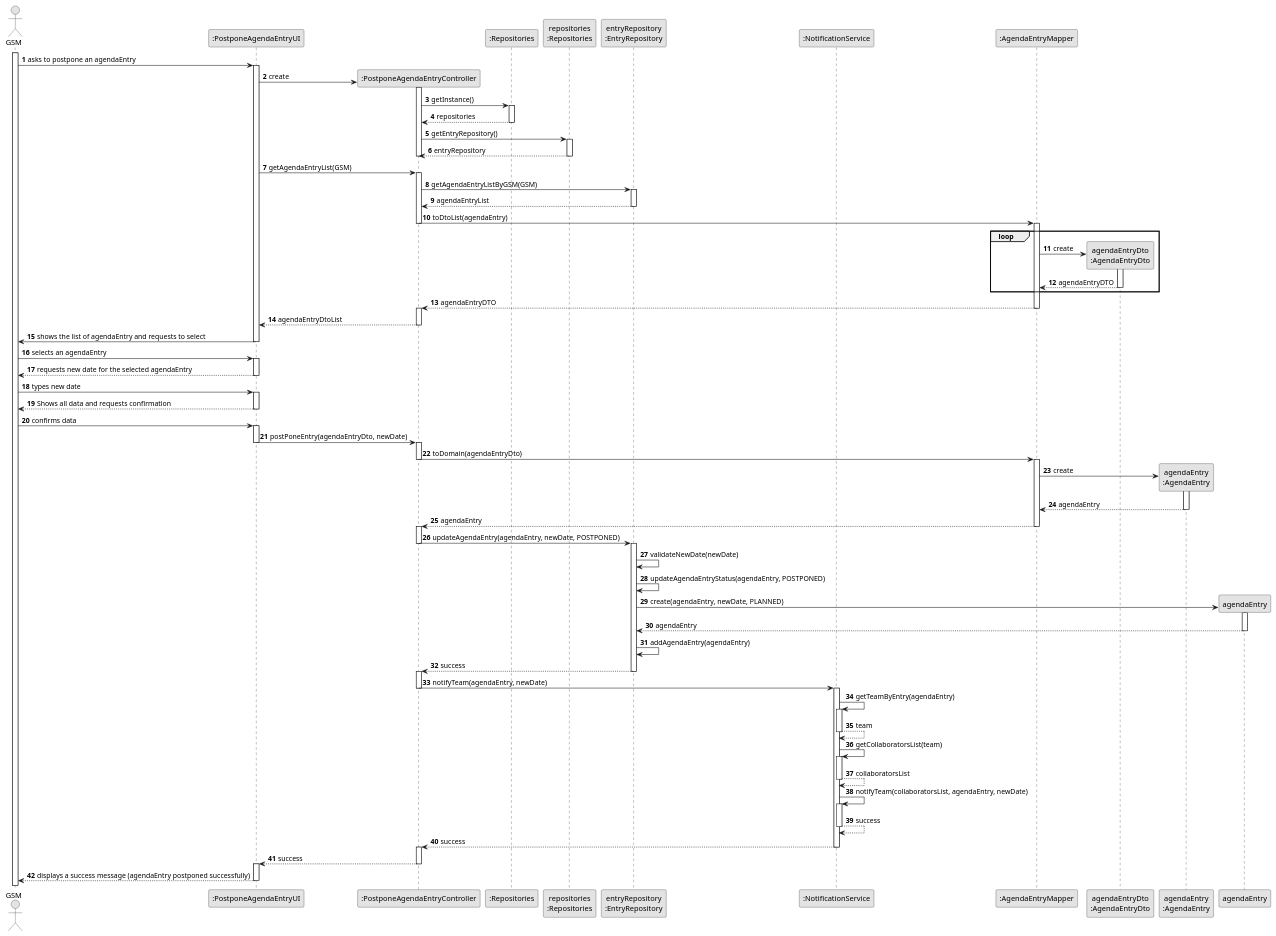
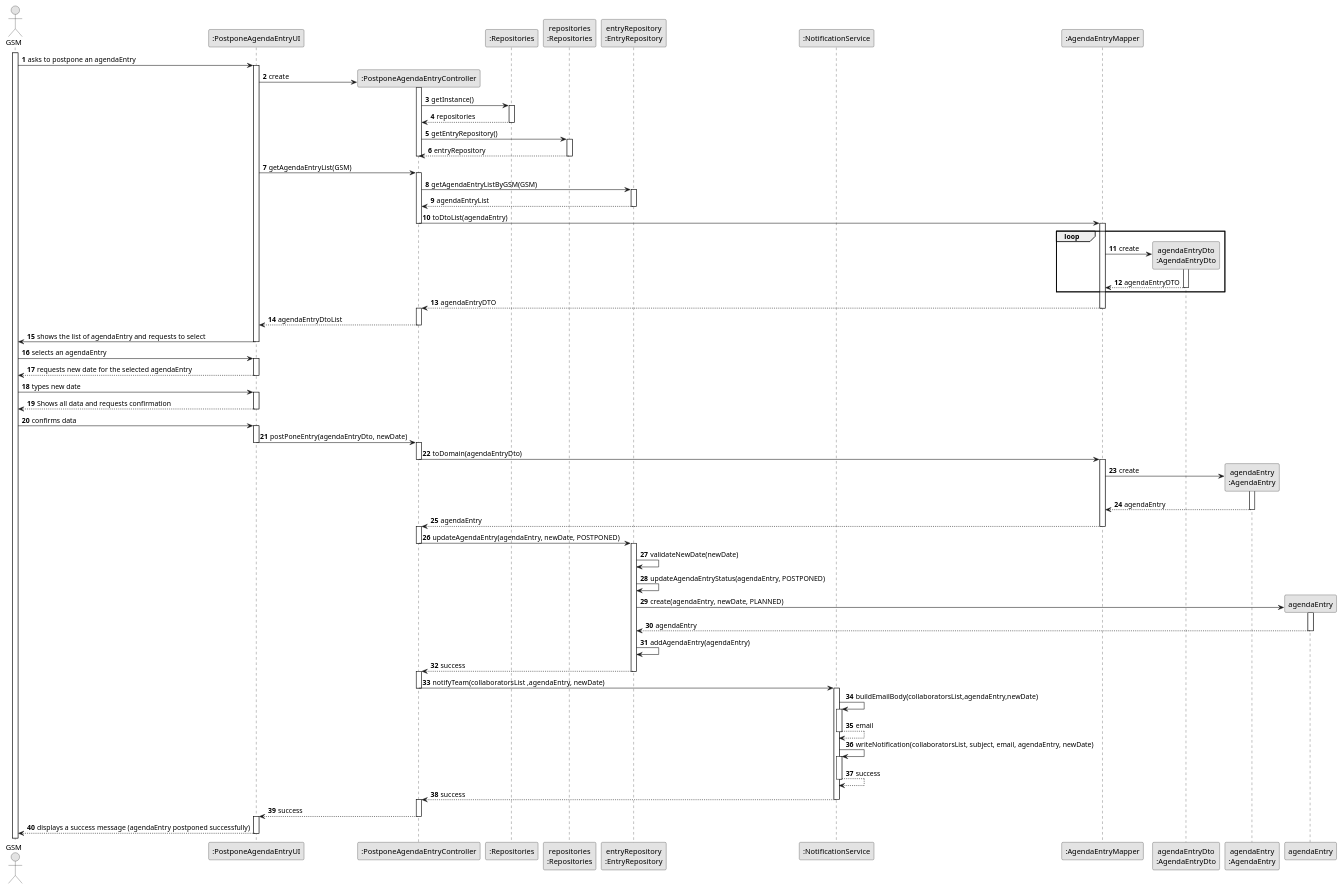
Before and after one commit to ricardomm7/leaflink: the diagram in docs/sprintC/us024/03.design/puml/us024-sequence-diagram-full.puml, drawn with PlantUML. The commit also changed 11 other files, not shown here.

```diff
--- a/docs/sprintC/us024/03.design/puml/us024-sequence-diagram-full.puml
+++ b/docs/sprintC/us024/03.design/puml/us024-sequence-diagram-full.puml
@@ -1,164 +1,158 @@
 @startuml
 skinparam monochrome true
 skinparam packageStyle rectangle
 skinparam shadowing false
 
 autonumber
 
 actor "GSM" as GSM
 participant ":PostponeAgendaEntryUI" as UI
 participant ":PostponeAgendaEntryController" as CTRL
 participant ":Repositories" as RepositorySingleton
 participant "repositories\n:Repositories" as PLAT
 participant "entryRepository\n:EntryRepository" as EntryRepo
 participant ":NotificationService" as NotificationService
 participant ":AgendaEntryMapper" as AgendaEntryMapper
 participant "agendaEntryDto\n:AgendaEntryDto" as AgendaEntryDto
 participant "agendaEntry\n:AgendaEntry" as AgendaEntry
 
 
 
 activate GSM
 
     GSM -> UI : asks to postpone an agendaEntry
     activate UI
 
         UI -> CTRL **: create
         activate CTRL
 
             CTRL -> RepositorySingleton : getInstance()
             activate RepositorySingleton
 
                 RepositorySingleton --> CTRL : repositories
             deactivate RepositorySingleton
 
             CTRL -> PLAT : getEntryRepository()
             activate PLAT
 
                 PLAT --> CTRL : entryRepository
             deactivate PLAT
 
              deactivate CTRL
 
 
         UI -> CTRL: getAgendaEntryList(GSM)
 
         activate CTRL
 
             CTRL -> EntryRepo: getAgendaEntryListByGSM(GSM)
             activate EntryRepo
 
             EntryRepo --> CTRL: agendaEntryList
             deactivate EntryRepo
 
             CTRL -> AgendaEntryMapper : toDtoList(agendaEntry)
             deactivate CTRL
             activate AgendaEntryMapper
 
             loop
                 AgendaEntryMapper -> AgendaEntryDto** : create
                 activate AgendaEntryDto
 
                 AgendaEntryDto --> AgendaEntryMapper : agendaEntryDTO
                 deactivate AgendaEntryDto
             end
             AgendaEntryMapper --> CTRL : agendaEntryDTO
             deactivate AgendaEntryMapper
             activate CTRL
 
 
             CTRL --> UI : agendaEntryDtoList
         deactivate CTRL
 
         UI -> GSM : shows the list of agendaEntry and requests to select
     deactivate UI
 
     GSM -> UI : selects an agendaEntry
     activate UI
 
         UI --> GSM : requests new date for the selected agendaEntry
     deactivate UI
 
     GSM -> UI : types new date
     activate UI
 
     UI --> GSM : Shows all data and requests confirmation
     deactivate UI
 
     GSM -> UI: confirms data
     activate UI
 
         UI -> CTRL : postPoneEntry(agendaEntryDto, newDate)
         deactivate UI
         activate CTRL
 
             CTRL -> AgendaEntryMapper : toDomain(agendaEntryDto)
             deactivate CTRL
             activate AgendaEntryMapper
 
                 AgendaEntryMapper -> AgendaEntry** : create
                 activate AgendaEntry
 
                 AgendaEntry --> AgendaEntryMapper : agendaEntry
                 deactivate AgendaEntry
 
             AgendaEntryMapper --> CTRL : agendaEntry
             deactivate AgendaEntryMapper
             activate CTRL
 
             CTRL -> EntryRepo : updateAgendaEntry(agendaEntry, newDate, POSTPONED)
             deactivate CTRL
             activate EntryRepo
 
                 EntryRepo -> EntryRepo : validateNewDate(newDate)
                 EntryRepo -> EntryRepo : updateAgendaEntryStatus(agendaEntry, POSTPONED)
 
                 EntryRepo -> agendaEntry **: create(agendaEntry, newDate, PLANNED)
                 activate agendaEntry
 
                 agendaEntry--> EntryRepo: agendaEntry
                 deactivate agendaEntry
 
                 EntryRepo -> EntryRepo: addAgendaEntry(agendaEntry)
 
 
             EntryRepo --> CTRL : success
             deactivate EntryRepo
             activate CTRL
 
 
 
-            CTRL -> NotificationService : notifyTeam(agendaEntry, newDate)
+            CTRL -> NotificationService : notifyTeam(collaboratorsList ,agendaEntry, newDate)
             deactivate CTRL
             activate NotificationService
 
-                NotificationService -> NotificationService : getTeamByEntry(agendaEntry)
+                NotificationService -> NotificationService : buildEmailBody(collaboratorsList,agendaEntry,newDate)
                 activate NotificationService
 
-                NotificationService --> NotificationService : team
+                NotificationService --> NotificationService : email
                 deactivate NotificationService
 
-                NotificationService -> NotificationService : getCollaboratorsList(team)
-                activate NotificationService
-
-                NotificationService --> NotificationService : collaboratorsList
-                deactivate NotificationService
-
-                NotificationService -> NotificationService : notifyTeam(collaboratorsList, agendaEntry, newDate)
+                NotificationService -> NotificationService : writeNotification(collaboratorsList, subject, email, agendaEntry, newDate)
                 activate NotificationService
 
                 NotificationService --> NotificationService : success
                 deactivate NotificationService
 
                 NotificationService --> CTRL : success
                 deactivate NotificationService
         activate CTRL
 
         CTRL --> UI : success
     deactivate CTRL
     activate UI
 
     UI --> GSM : displays a success message (agendaEntry postponed successfully)
 deactivate UI
 
 @enduml
```
